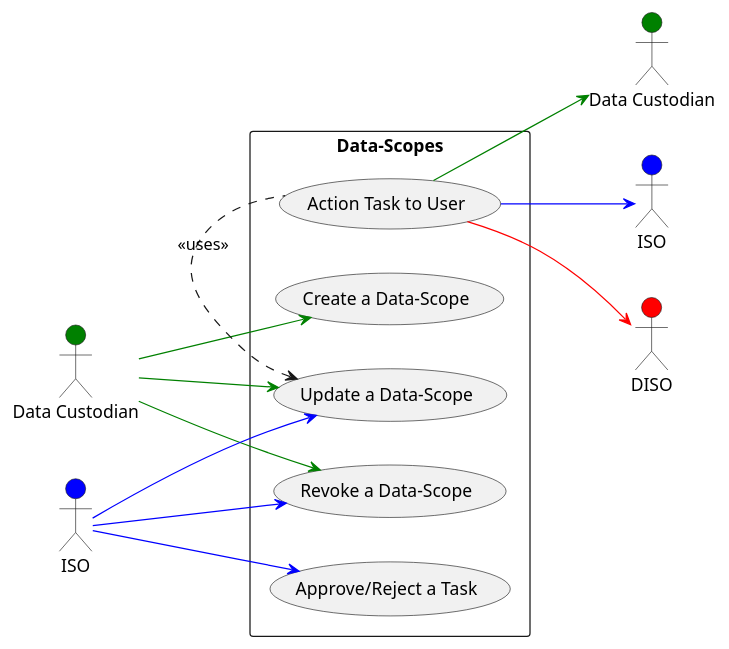
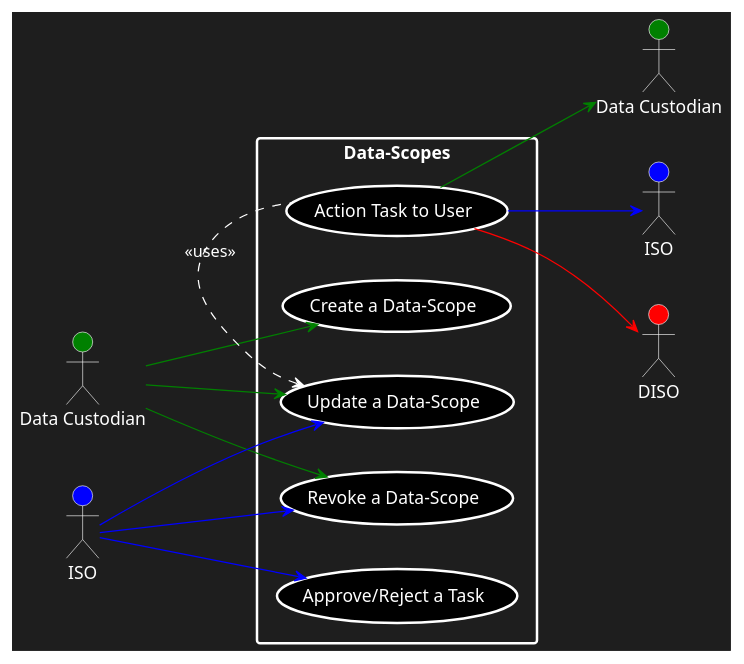
One commit to COS301-SE-2023/InfoSafe changed the diagram in Documentation/Diagrams/Data-Scope's.puml. Above: the diagram before and after it, drawn with PlantUML.

Commit message:
Updated Data-Scope usecase diagram

```diff
--- a/Documentation/Diagrams/Data-Scope's.puml
+++ b/Documentation/Diagrams/Data-Scope's.puml
@@ -1,25 +1,26 @@
 @startuml
+skinparam backgroundColor #1e1e1e
 left to right direction
-actor "Data Custodian" as ds #green
-actor "Data Custodian" as ds2 #green
-actor "ISO" as iso #blue
-actor "ISO" as iso2 #blue
-actor "DISO" as diso #red
-rectangle Data-Scopes {
-  usecase "Create a Data-Scope" as UC1
-  usecase "Update a Data-Scope" as UC2
-  usecase "Revoke a Data-Scope" as UC3
-  usecase "Action Task to User" as UC4
-  usecase "Approve/Reject a Task" as UC5
+actor "Data Custodian" as ds #green;text:white;line:white
+actor "Data Custodian" as ds2 #green;text:white;line:white
+actor "ISO" as iso #blue;text:white;line:white
+actor "ISO" as iso2 #blue;text:white;line:white
+actor "DISO" as diso #red;text:white;line:white
+rectangle Data-Scopes #text:white;line.bold;line:white {
+  usecase "Create a Data-Scope" as UC1 #black;text:white;line.bold;line:white
+  usecase "Update a Data-Scope" as UC2 #black;text:white;line.bold;line:white
+  usecase "Revoke a Data-Scope" as UC3 #black;text:white;line.bold;line:white
+  usecase "Action Task to User" as UC4 #black;text:white;line.bold;line:white
+  usecase "Approve/Reject a Task" as UC5 #black;text:white;line.bold;line:white
 }
 ds -[#green]-> UC1
 ds -[#green]-> UC2
 ds -[#green]-> UC3
 iso -[#blue]-> UC2
 iso -[#blue]-> UC3
 iso -[#blue]-> UC5
 UC4 -[#green]-> ds2
 UC4 -[#blue]-> iso2
 UC4 -[#red]-> diso
-UC2 <. UC4 : <<uses>>
+UC2 <. (UC4) #line:white;text:white : <<uses>>
 @enduml
```
